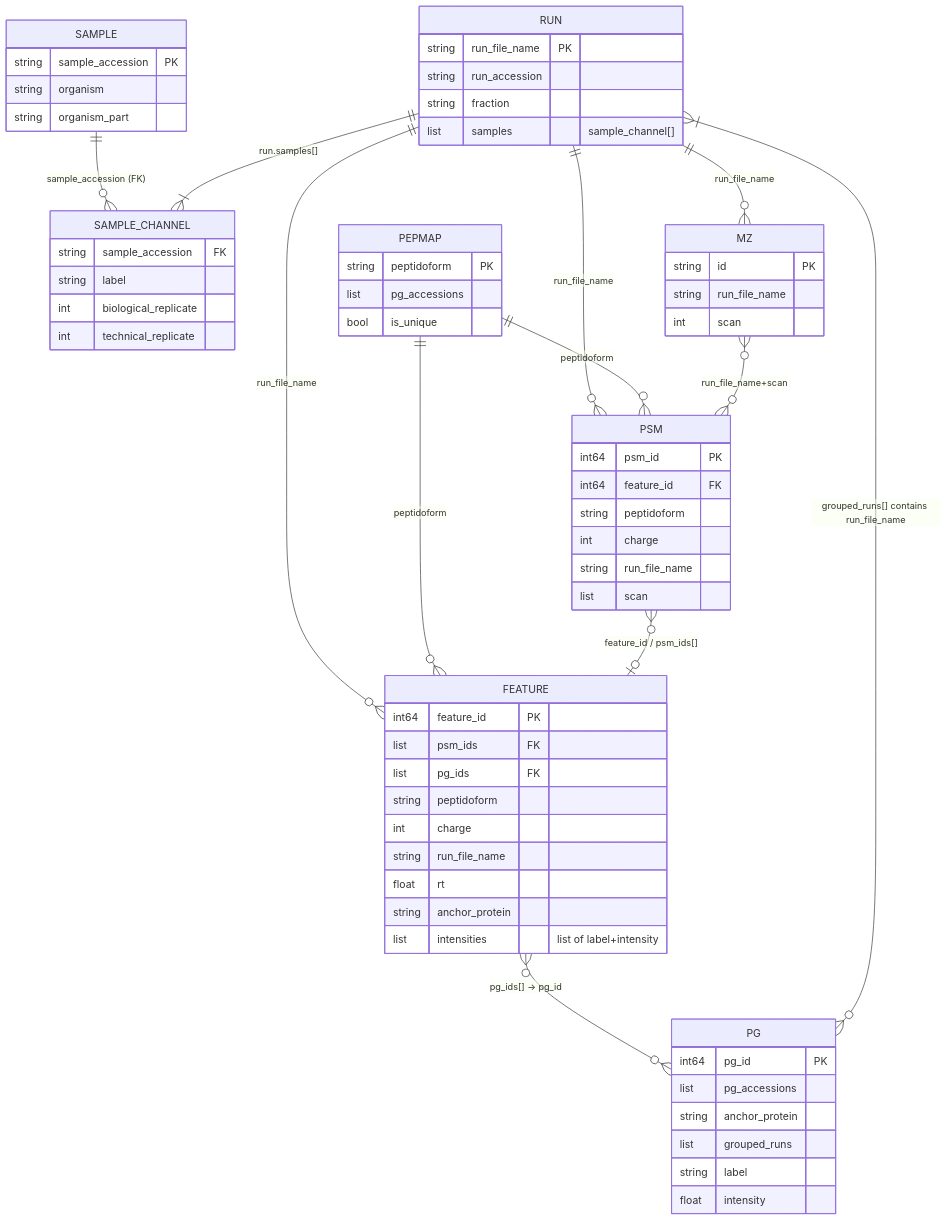
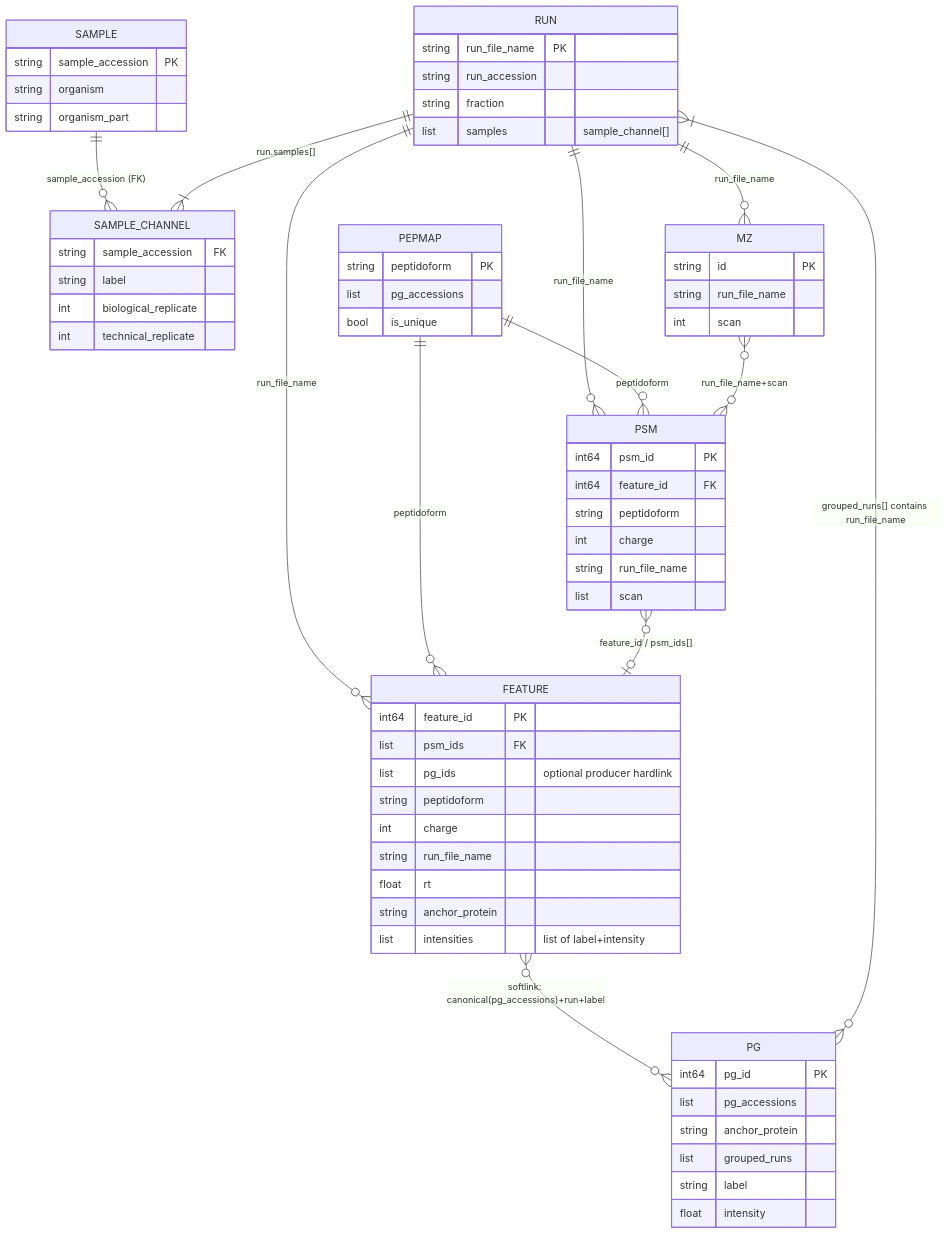
Before and after one commit to daichengxin/quantms.io: the second of 5 diagrams in docs/spec/data-model.md, drawn with Mermaid. The commit also changed other lines of this file and 20 other files, not shown here.

````diff
--- a/docs/spec/data-model.md
+++ b/docs/spec/data-model.md
@@ -85,69 +85,69 @@
 ```mermaid
 erDiagram
     SAMPLE ||--o{ SAMPLE_CHANNEL : "sample_accession (FK)"
     RUN ||--|{ SAMPLE_CHANNEL : "run.samples[]"
     RUN ||--o{ PSM : "run_file_name"
     RUN ||--o{ FEATURE : "run_file_name"
     RUN ||--o{ MZ : "run_file_name"
     PG }o--|{ RUN : "grouped_runs[] contains run_file_name"
-    FEATURE }o--o{ PG : "pg_ids[] → pg_id"
+    FEATURE }o--o{ PG : "softlink: canonical(pg_accessions)+run+label"
     PEPMAP ||--o{ PSM : "peptidoform"
     PEPMAP ||--o{ FEATURE : "peptidoform"
     PSM }o--o| FEATURE : "feature_id / psm_ids[]"
     MZ }o--o{ PSM : "run_file_name+scan"
 
     SAMPLE {
         string sample_accession PK
         string organism
         string organism_part
     }
     RUN {
         string run_file_name PK
         string run_accession
         string fraction
         list samples "sample_channel[]"
     }
     SAMPLE_CHANNEL {
         string sample_accession FK
         string label
         int biological_replicate
         int technical_replicate
     }
     PSM {
         int64 psm_id PK
         int64 feature_id FK
         string peptidoform
         int charge
         string run_file_name
         list scan
     }
     FEATURE {
         int64 feature_id PK
         list psm_ids FK
-        list pg_ids FK
+        list pg_ids "optional producer hardlink"
         string peptidoform
         int charge
         string run_file_name
         float rt
         string anchor_protein
         list intensities "list of label+intensity"
     }
     PG {
         int64 pg_id PK
         list pg_accessions
         string anchor_protein
         list grouped_runs
         string label
         float intensity
     }
     PEPMAP {
         string peptidoform PK
         list pg_accessions
         bool is_unique
     }
     MZ {
         string id PK
         string run_file_name
         int scan
     }
 ```
````
